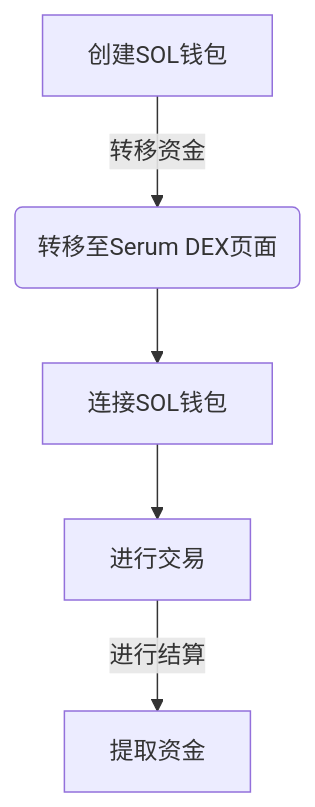
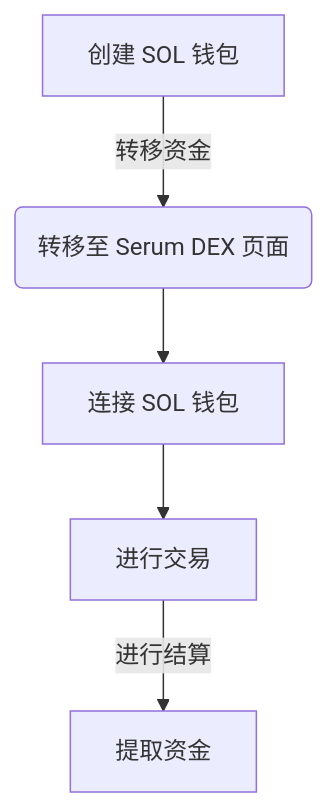
The diagram in content/serum-dex/_index.zh.md (CyrusFTX/serum-academy), drawn with Mermaid before and after one commit. The commit also changed other lines of this file and 30 other files, not shown here.

```diff
--- a/content/serum-dex/_index.zh.md
+++ b/content/serum-dex/_index.zh.md
@@ -14,7 +13,7 @@
 {{<mermaid>}}
 graph TD
-A[创建SOL钱包] -->|转移资金| B(转移至Serum DEX页面)
-B --> C[连接SOL钱包]
+A[创建 SOL 钱包] -->|转移资金| B(转移至 Serum DEX 页面)
+B --> C[连接 SOL 钱包]
 C --> D[进行交易]
 D --> |进行结算| E[提取资金]
 {{</mermaid>}}
```
